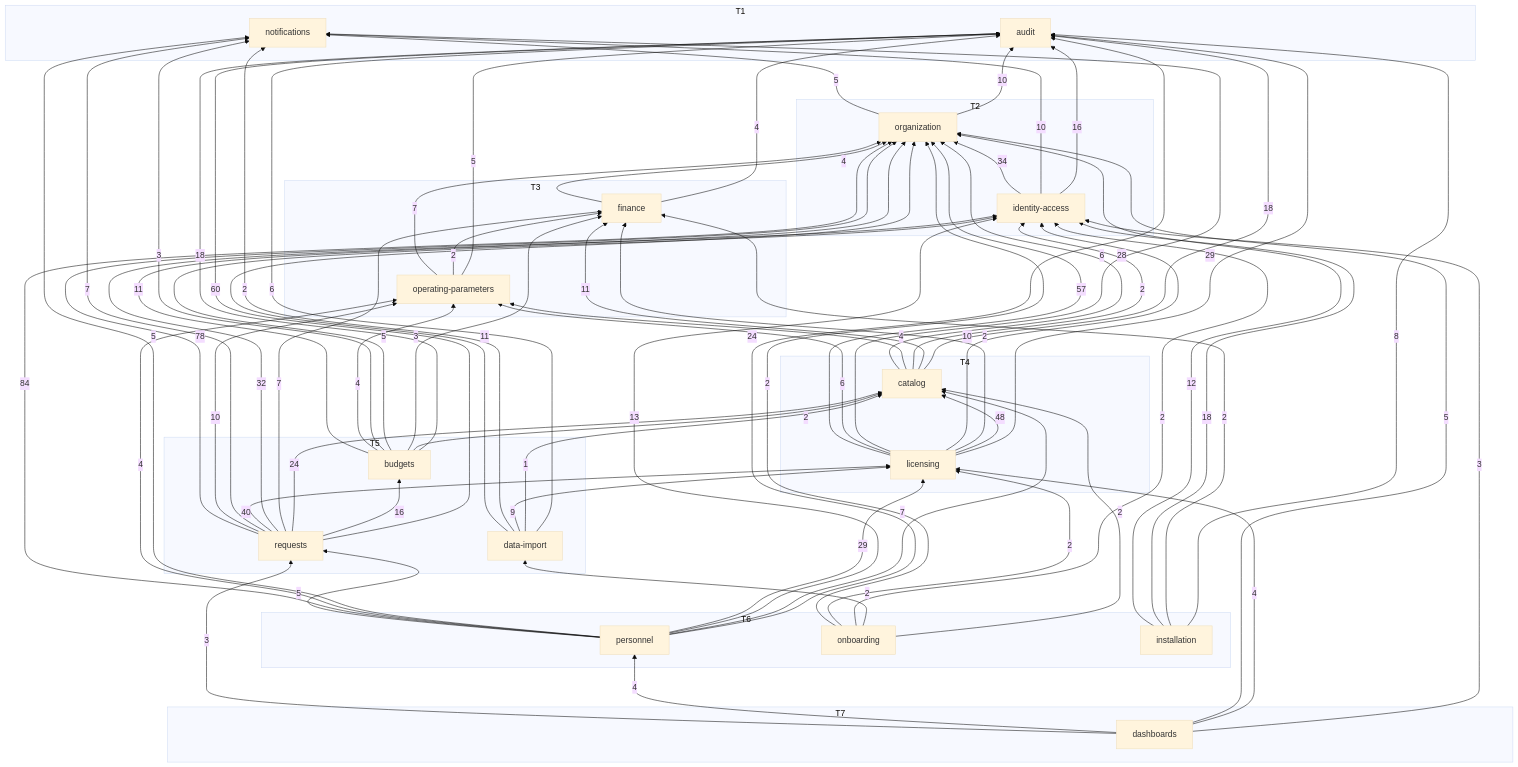
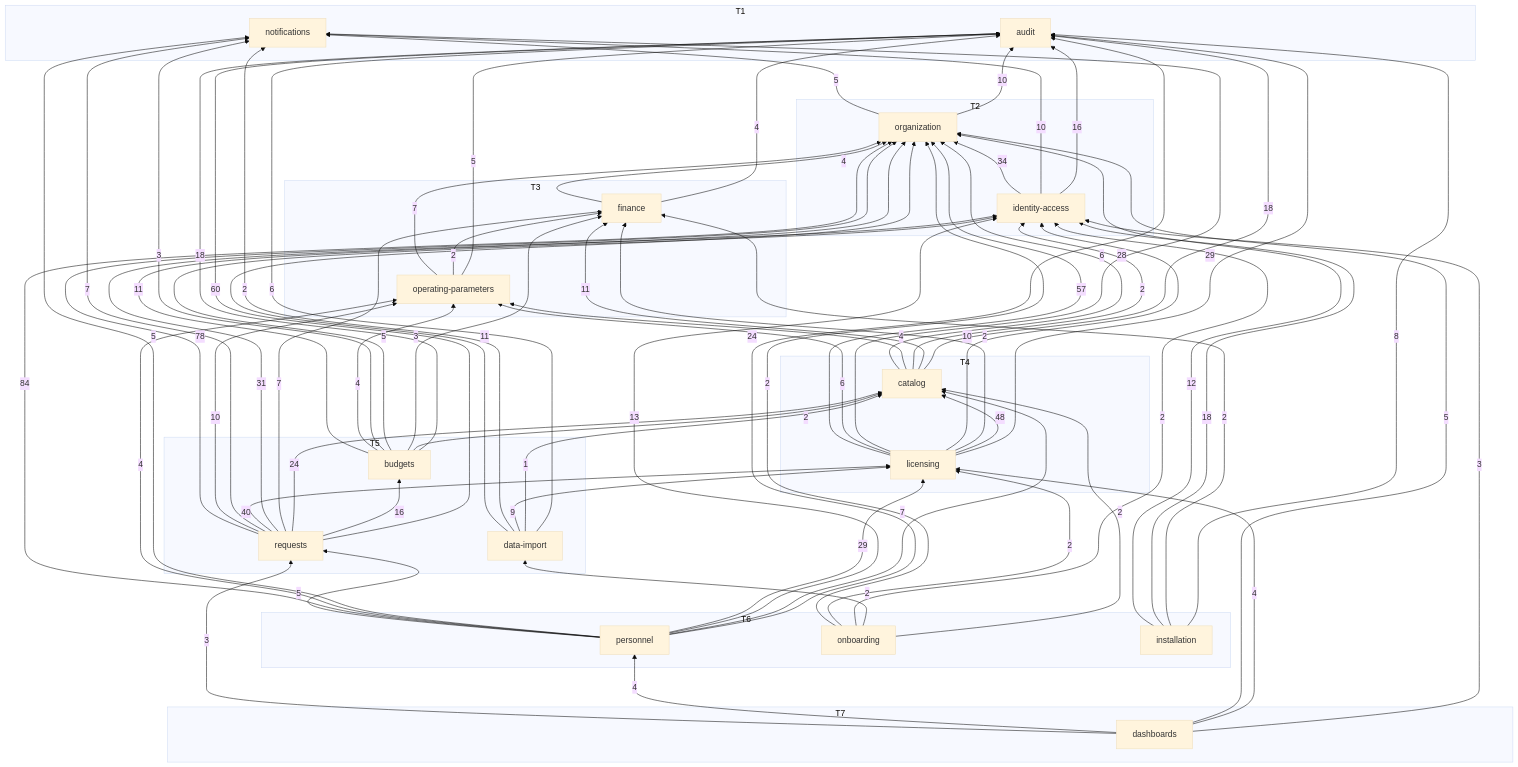
One commit to SEP490-FALL2026/BE-dev changed the diagram in docs/generated/module-graph.md. Above: the diagram before and after it, drawn with Mermaid (base theme). The commit also changed 52 other files, not shown here.

```diff
--- a/docs/generated/module-graph.md
+++ b/docs/generated/module-graph.md
@@ -94,7 +94,7 @@
   requests -->|16| budgets
   requests -->|24| catalog
   requests -->|7| finance
-  requests -->|32| identity_access
+  requests -->|31| identity_access
   requests -->|40| licensing
   requests -->|7| notifications
   requests -->|10| operating_parameters
```
